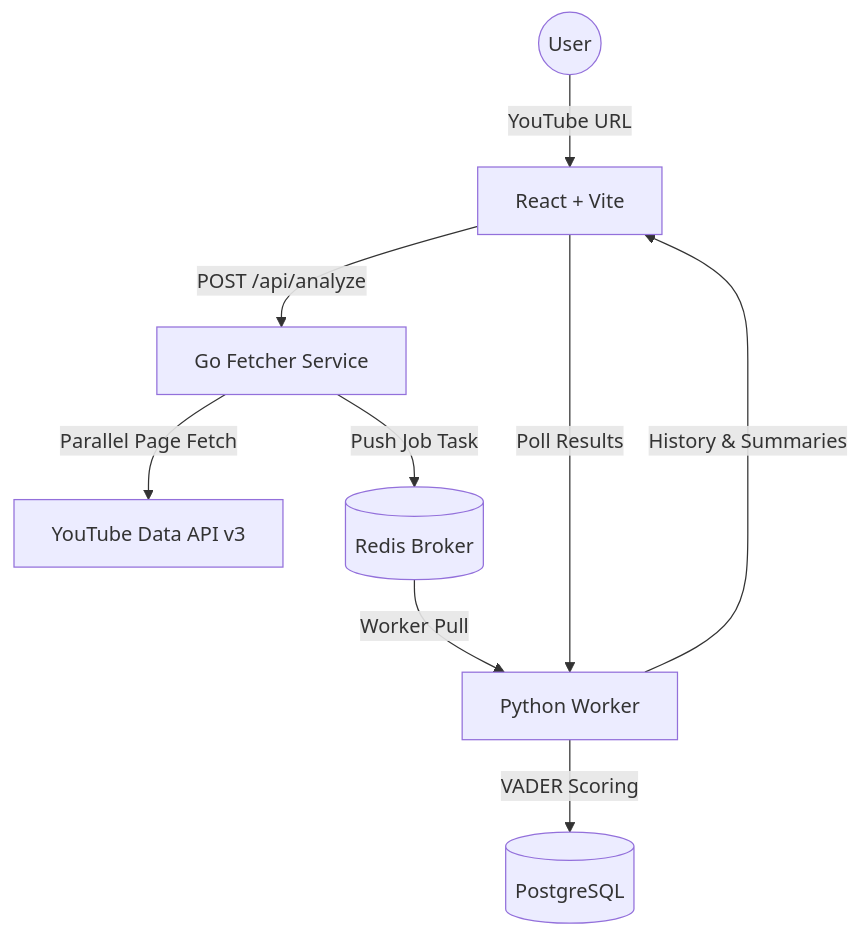
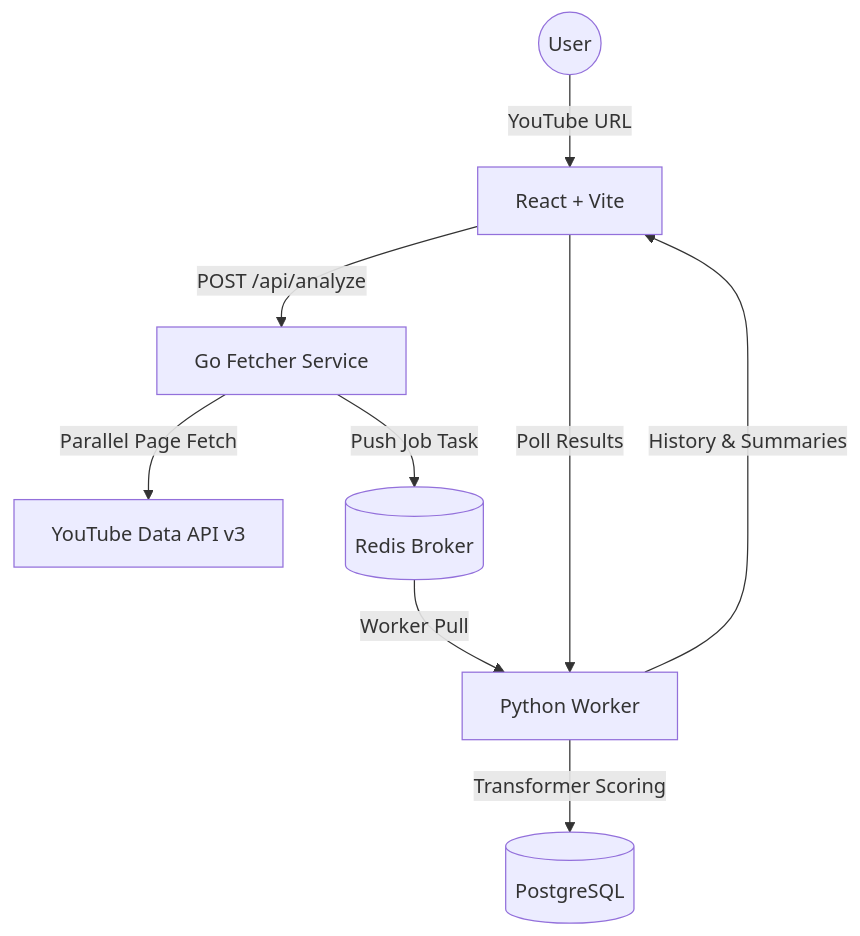
One commit to DaffMe/NeuroTube changed the diagram in README.md. Above: the diagram before and after it, drawn with Mermaid. The commit also changed other lines of this file, not shown here.

Commit message:
docs: Update README to reflect Hugging Face Transformers over VADER

````diff
--- a/README.md
+++ b/README.md
@@ -49,11 +49,11 @@
 ```mermaid
 graph TD
     User((User)) -->|YouTube URL| Frontend[React + Vite]
     Frontend -->|POST /api/analyze| Fetcher[Go Fetcher Service]
     Fetcher -->|Parallel Page Fetch| YT_API[YouTube Data API v3]
     Fetcher -->|Push Job Task| Redis[(Redis Broker)]
     Redis -->|Worker Pull| MLEngine[Python Worker]
-    MLEngine -->|VADER Scoring| DB[(PostgreSQL)]
+    MLEngine -->|Transformer Scoring| DB[(PostgreSQL)]
     Frontend -->|Poll Results| MLEngine
     MLEngine -->|History & Summaries| Frontend
 ```
````
